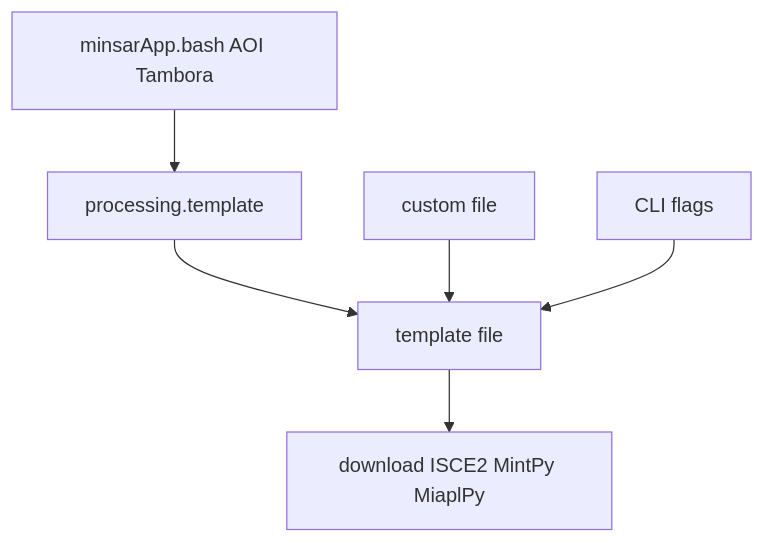
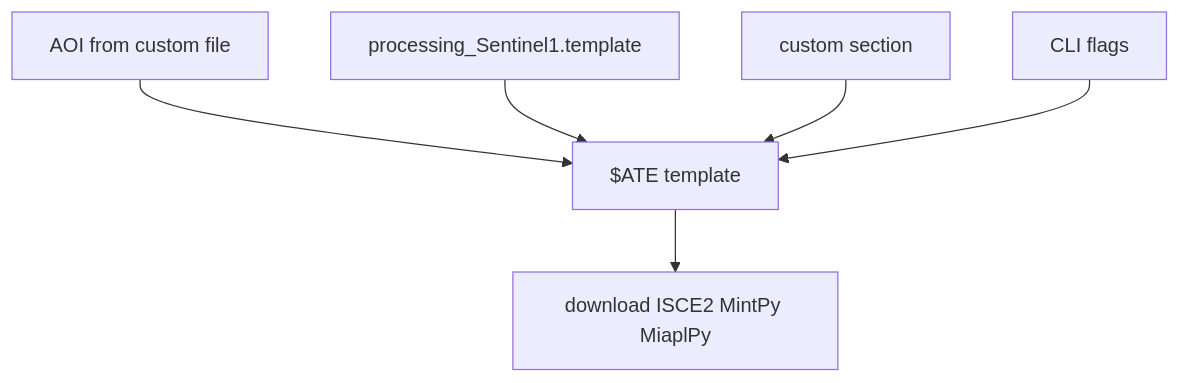
The diagram in docs/custom_template_options_plan.md (geodesymiami/minsar), drawn with Mermaid before and after one commit. The commit also changed other lines of this file and 1 other file, not shown here.

Commit message:
Custom options set keys in place in $ATE templates and delete duplicates, instead of a marker block with commented copies; plan matches the code

````diff
--- a/docs/custom_template_options_plan.md
+++ b/docs/custom_template_options_plan.md
@@ -70,13 +63,14 @@
 ```mermaid
 flowchart TD
-  aoi["minsarApp.bash AOI Tambora"]
-  dummy["processing.template"]
-  tmpl["template file"]
-  custom["custom file"]
+  aoi["AOI from custom file"]
+  defaults["processing_Sentinel1.template"]
+  tmpl["$ATE template"]
+  custom["custom section"]
   cli["CLI flags"]
   run["download ISCE2 MintPy MiaplPy"]
-  aoi --> dummy --> tmpl
+  aoi --> tmpl
+  defaults --> tmpl
   custom --> tmpl
   cli --> tmpl
   tmpl --> run
 ```
````
